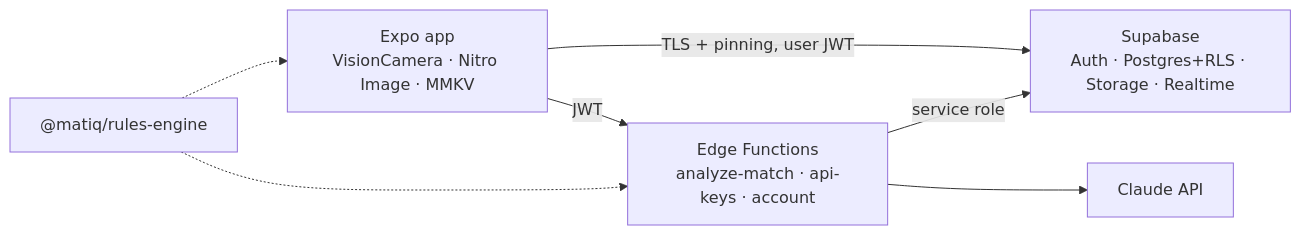
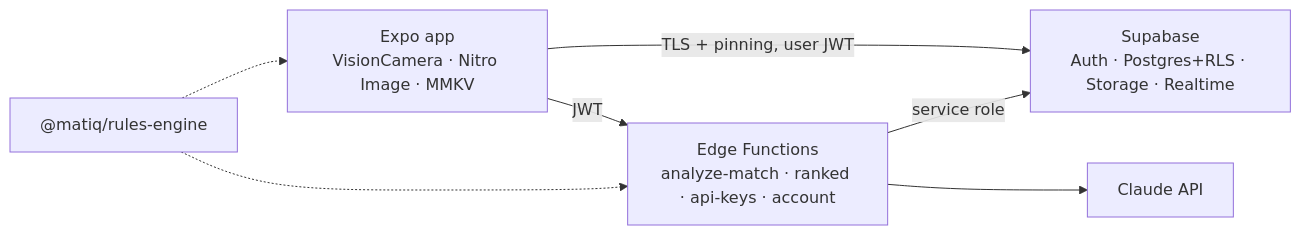
The diagram in README.md (JawharSas/MatiQ), drawn with Mermaid before and after one commit. The commit also changed other lines of this file and 41 other files, not shown here.

````diff
--- a/README.md
+++ b/README.md
@@ -49,9 +61,9 @@
 ```mermaid
 flowchart LR
   App["Expo app<br/>VisionCamera · Nitro Image · MMKV"] -- "TLS + pinning, user JWT" --> SB["Supabase<br/>Auth · Postgres+RLS · Storage · Realtime"]
-  App -- "JWT" --> EF["Edge Functions<br/>analyze-match · api-keys · account"]
+  App -- "JWT" --> EF["Edge Functions<br/>analyze-match · ranked · api-keys · account"]
   EF -- "service role" --> SB
   EF --> AI["Claude API"]
   RE["@matiq/rules-engine"] -.-> App
   RE -.-> EF
 ```
````
